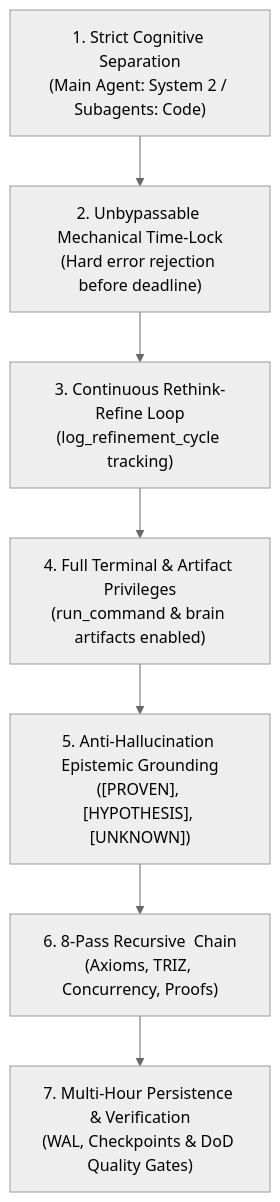
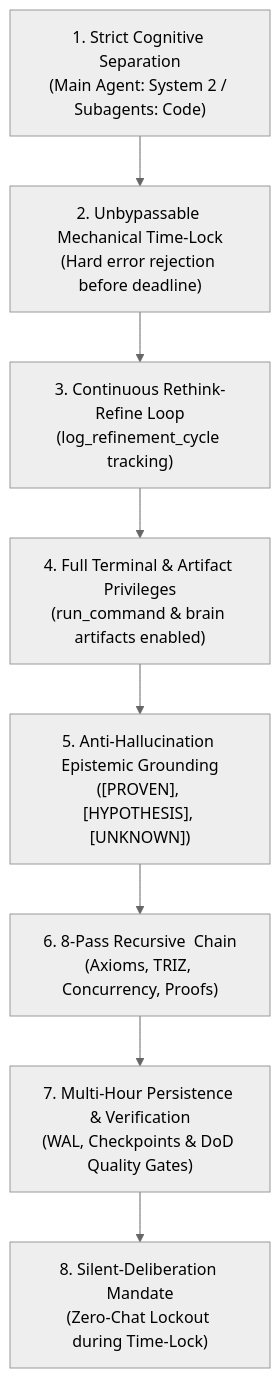
One commit to REX-codebase/fable-mode changed the first of 2 diagrams in skills/fable-mode/SKILL.md. Above: the diagram before and after it, drawn with Mermaid (neutral theme). The commit also changed other lines of this file and 11 other files, not shown here.

Commit message:
feat: Fable-Mode v1.2.0 Frontier Cognitive Uplift & Silent-Deliberation Mandate

````diff
--- a/skills/fable-mode/SKILL.md
+++ b/skills/fable-mode/SKILL.md
@@ -79,9 +79,10 @@
 ```mermaid
 graph TD
     P1["1. Strict Cognitive Separation<br/>(Main Agent: System 2 / Subagents: Code)"] --> P2["2. Unbypassable Mechanical Time-Lock<br/>(Hard error rejection before deadline)"]
     P2 --> P3["3. Continuous Rethink-Refine Loop<br/>(log_refinement_cycle tracking)"]
     P3 --> P4["4. Full Terminal & Artifact Privileges<br/>(run_command & brain artifacts enabled)"]
     P4 --> P5["5. Anti-Hallucination Epistemic Grounding<br/>([PROVEN], [HYPOTHESIS], [UNKNOWN])"]
     P5 --> P6["6. 8-Pass Recursive <thinking> Chain<br/>(Axioms, TRIZ, Concurrency, Proofs)"]
     P6 --> P7["7. Multi-Hour Persistence & Verification<br/>(WAL, Checkpoints & DoD Quality Gates)"]
+    P7 --> P8["8. Silent-Deliberation Mandate<br/>(Zero-Chat Lockout during Time-Lock)"]
 ```
````
